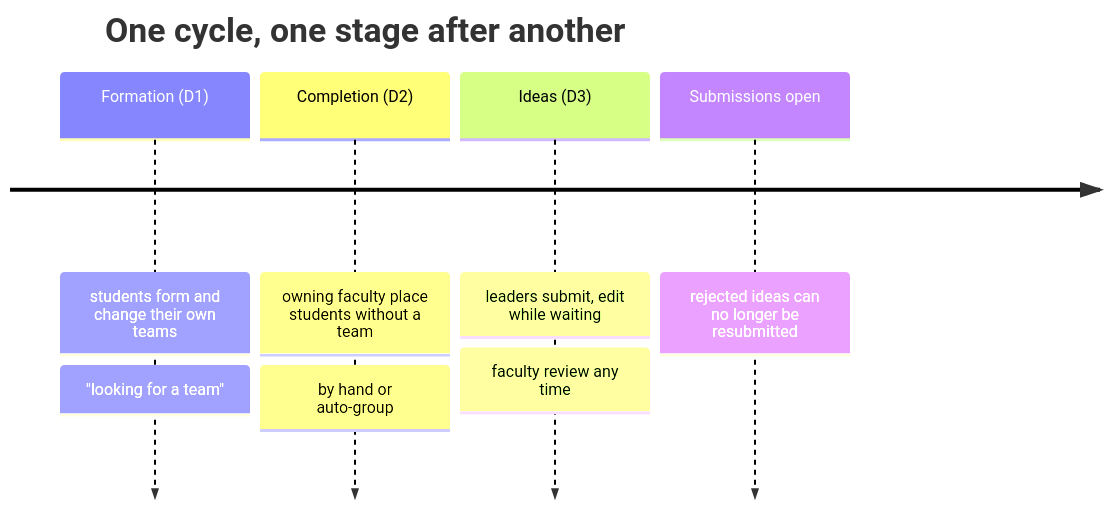
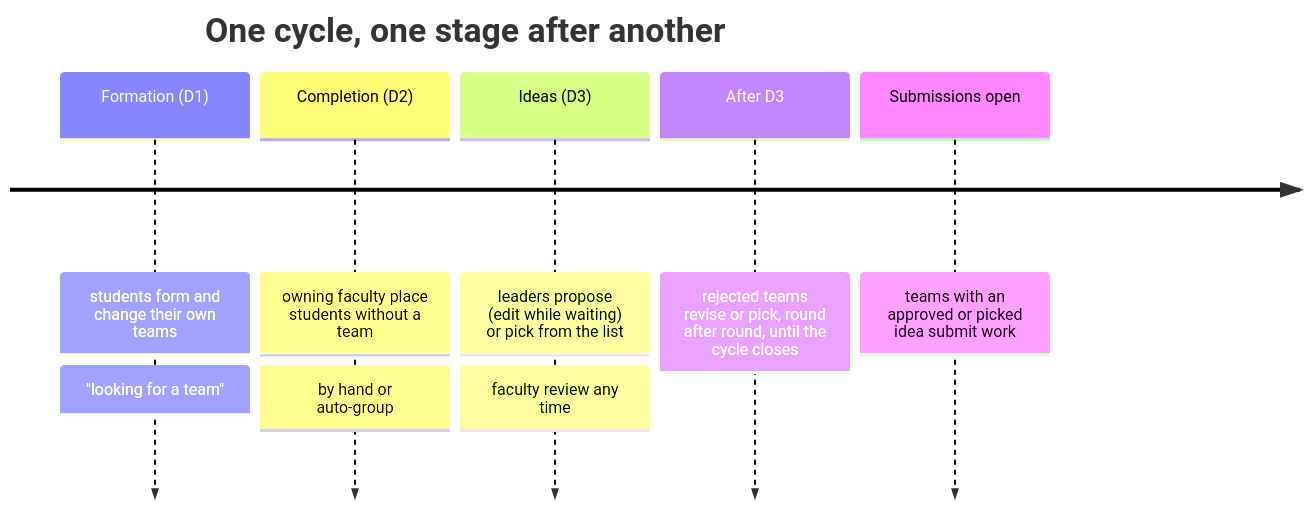
One commit to AmanKumar1411/flowforge changed the first of 4 diagrams in docs/architecture/ideas.md. Above: the diagram before and after it, drawn with Mermaid. The commit also changed other lines of this file and 63 other files, not shown here.

````diff
--- a/docs/architecture/ideas.md
+++ b/docs/architecture/ideas.md
@@ -10,11 +14,12 @@
 ```mermaid
 timeline
   title One cycle, one stage after another
   Formation (D1) : students form and change their own teams
                  : "looking for a team"
   Completion (D2) : owning faculty place students without a team
                   : by hand or auto-group
-  Ideas (D3) : leaders submit, edit while waiting
+  Ideas (D3) : leaders propose (edit while waiting) or pick from the list
              : faculty review any time
-  Submissions open : rejected ideas can no longer be resubmitted
+  After D3 : rejected teams revise or pick, round after round, until the cycle closes
+  Submissions open : teams with an approved or picked idea submit work
 ```
````
